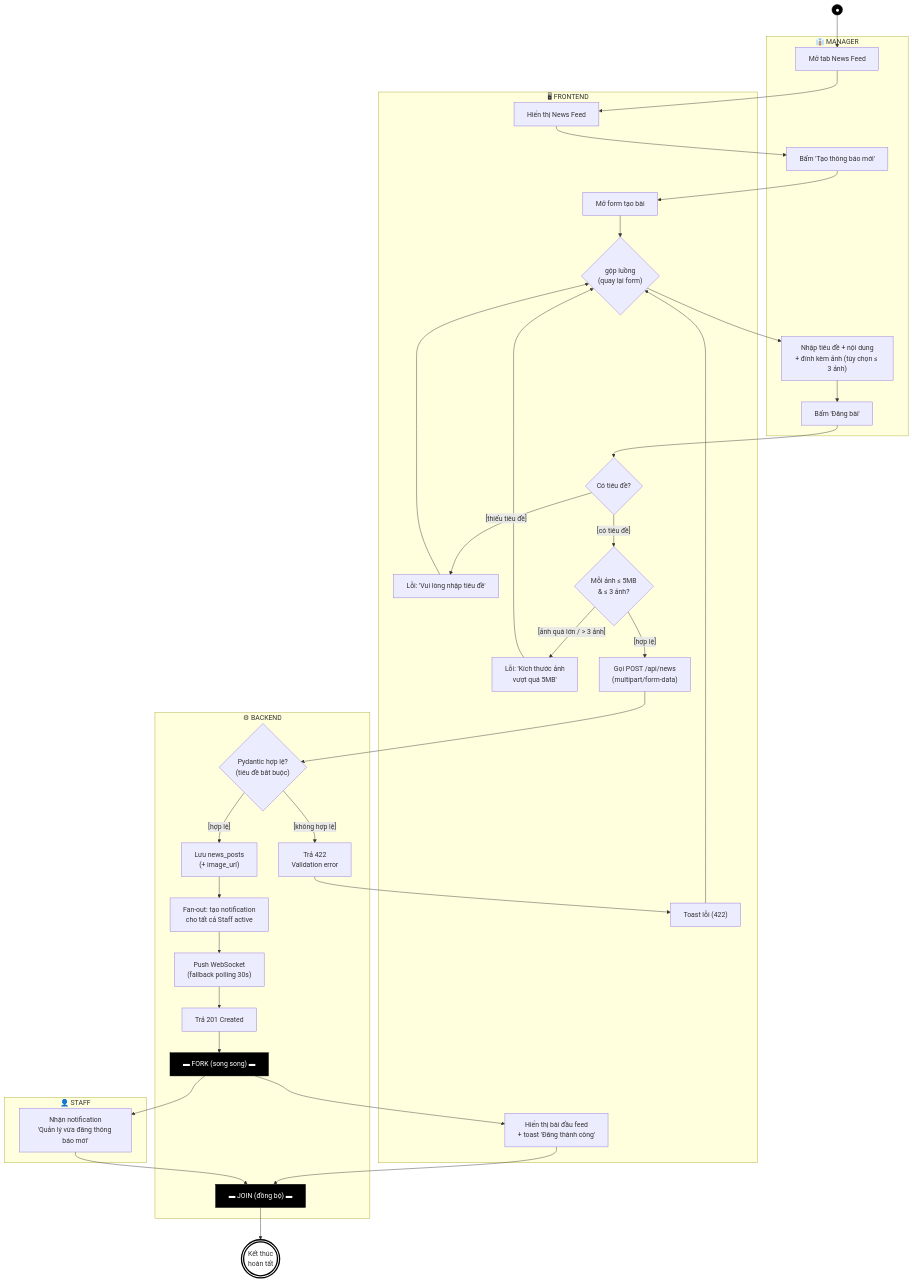
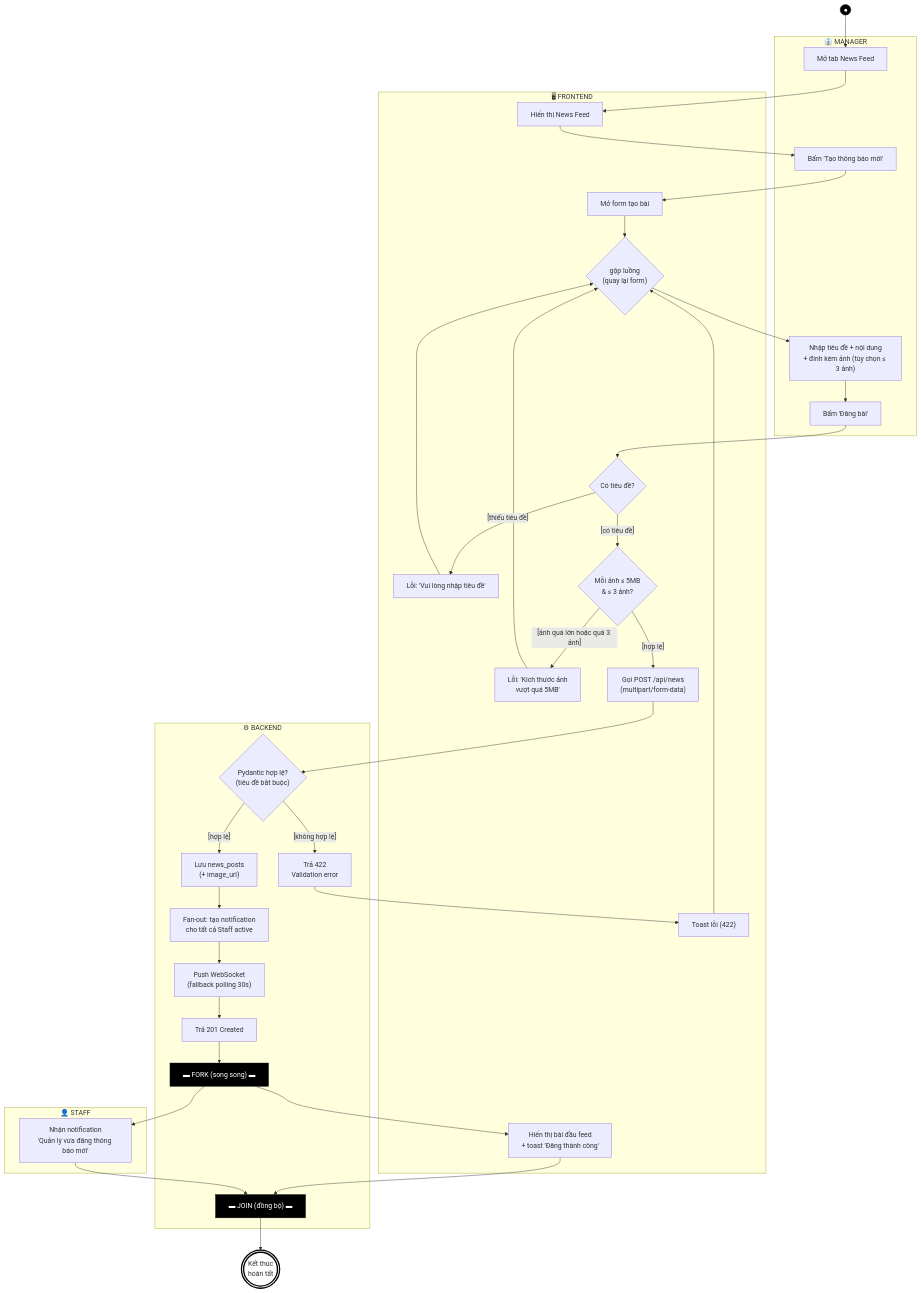
The diagram in docs/diagrams/activity-news-post.md (minhai4wrk/GALAXY-STAFF), drawn with Mermaid before and after one commit. The commit also changed 11 other files, not shown here.

First line of the commit message:
fix(docs): correct op_minute formula and characters that break mermaid

````diff
--- a/docs/diagrams/activity-news-post.md
+++ b/docs/diagrams/activity-news-post.md
@@ -16,63 +16,63 @@
 ```mermaid
 flowchart TD
     Start((" ● ")):::init
 
     subgraph MG["👔 MANAGER"]
         MG1["Mở tab News Feed"]
         MG2["Bấm 'Tạo thông báo mới'"]
         MG3["Nhập tiêu đề + nội dung\n+ đính kèm ảnh (tùy chọn ≤ 3 ảnh)"]
         MG4["Bấm 'Đăng bài'"]
     end
 
     subgraph FE["🖥 FRONTEND"]
         F1["Hiển thị News Feed"]
         F2["Mở form tạo bài"]
         GE{"gộp luồng\n(quay lại form)"}
         DF1{"Có tiêu đề?"}
         FE1["Lỗi: 'Vui lòng nhập tiêu đề'"]
         DF2{"Mỗi ảnh ≤ 5MB\n& ≤ 3 ảnh?"}
         FE2["Lỗi: 'Kích thước ảnh\nvượt quá 5MB'"]
         F3["Gọi POST /api/news\n(multipart/form-data)"]
         FE3["Toast lỗi (422)"]
         F4["Hiển thị bài đầu feed\n+ toast 'Đăng thành công'"]
     end
 
     subgraph BE["⚙ BACKEND"]
         DB1{"Pydantic hợp lệ?\n(tiêu đề bắt buộc)"}
         BERR["Trả 422\nValidation error"]
         B1["Lưu news_posts\n(+ image_url)"]
         B2["Fan-out: tạo notification\ncho tất cả Staff active"]
         B3["Push WebSocket\n(fallback polling 30s)"]
         B4["Trả 201 Created"]
         FK["▬ FORK (song song) ▬"]:::bar
         JN["▬ JOIN (đồng bộ) ▬"]:::bar
     end
 
     subgraph ST["👤 STAFF"]
         ST1["Nhận notification\n'Quản lý vừa đăng thông báo mới'"]
     end
 
     EndDone((("Kết thúc\nhoàn tất"))):::final
 
     %% ── Mở form & nhập liệu ──────────────────────────────
     Start --> MG1 --> F1 --> MG2 --> F2 --> GE --> MG3 --> MG4 --> DF1
 
     %% ── Validate phía Frontend ───────────────────────────
     DF1 -->|"[thiếu tiêu đề]"| FE1 --> GE
     DF1 -->|"[có tiêu đề]"| DF2
-    DF2 -->|"[ảnh quá lớn / > 3 ảnh]"| FE2 --> GE
+    DF2 -->|"[ảnh quá lớn hoặc quá 3 ảnh]"| FE2 --> GE
     DF2 -->|"[hợp lệ]"| F3 --> DB1
 
     %% ── Validate phía Backend & lưu ──────────────────────
     DB1 -->|"[không hợp lệ]"| BERR --> FE3 --> GE
     DB1 -->|"[hợp lệ]"| B1 --> B2 --> B3 --> B4 --> FK
 
     %% ── Song song: hiển thị feed ∥ Staff nhận notif ──────
     FK --> F4 --> JN
     FK --> ST1 --> JN
     JN --> EndDone
 
     classDef init fill:#000,color:#fff,stroke:#000;
     classDef final fill:#fff,stroke:#000,stroke-width:3px;
     classDef bar fill:#000,color:#fff,stroke:#000;
 ```
````
